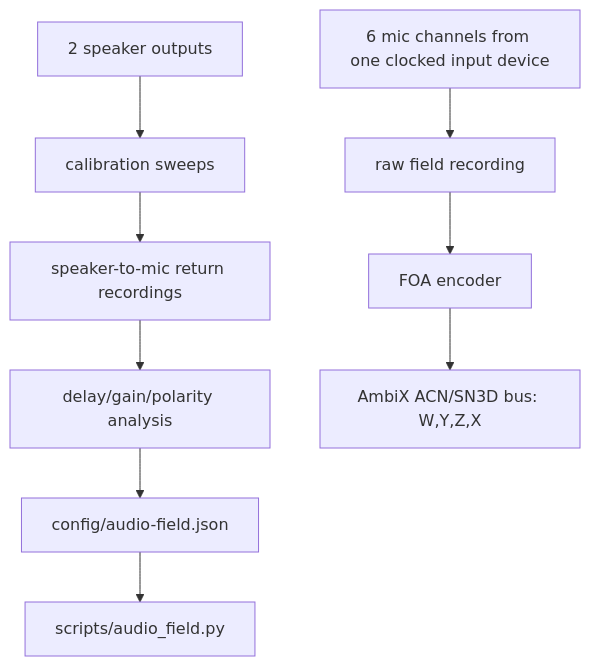
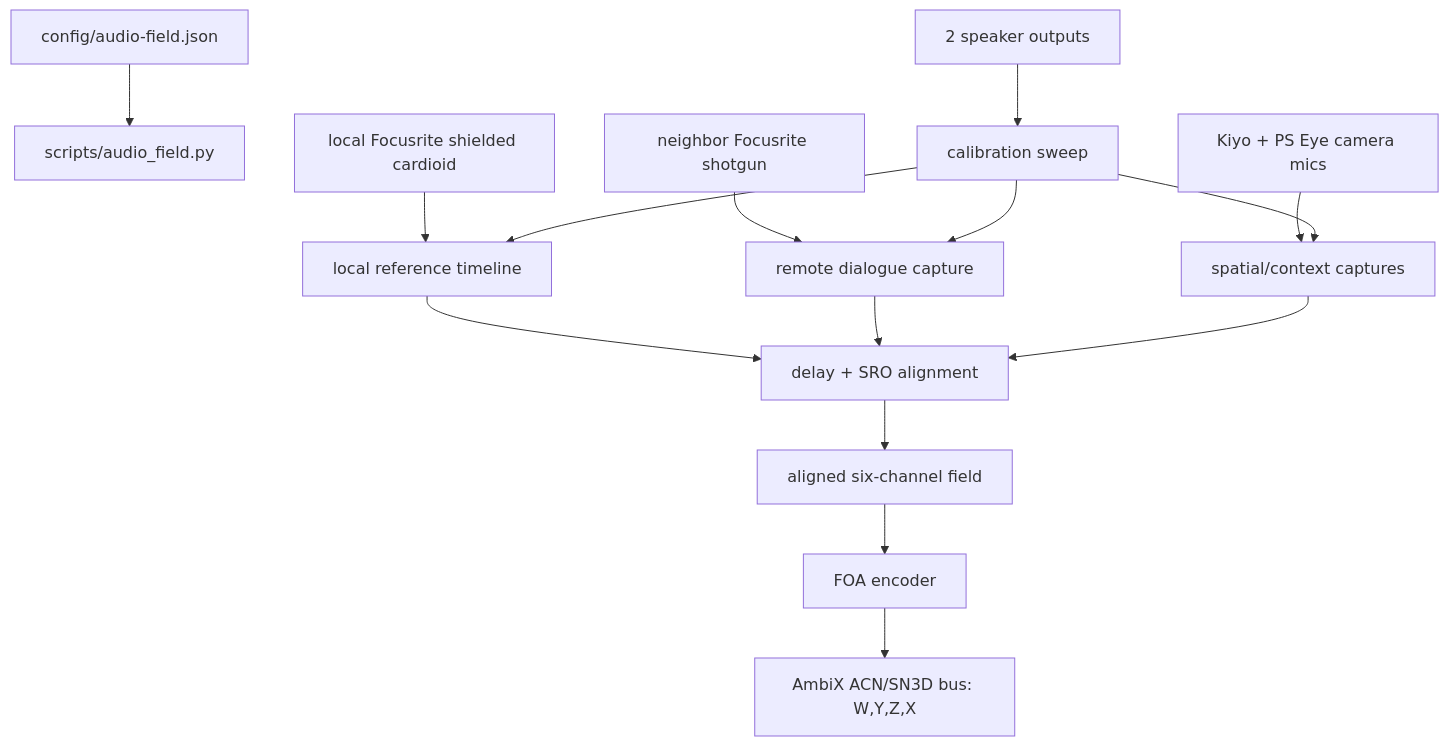
One commit to GameCult/Mimir changed the second of 2 diagrams in notes/current-system-map.md. Above: the diagram before and after it, drawn with Mermaid. The commit also changed other lines of this file and 6 other files, not shown here.

````diff
--- a/notes/current-system-map.md
+++ b/notes/current-system-map.md
@@ -42,11 +42,17 @@
 ```mermaid
 flowchart TD
     A["config/audio-field.json"] --> B["scripts/audio_field.py"]
-    C["6 mic channels from one clocked input device"] --> D["raw field recording"]
-    E["2 speaker outputs"] --> F["calibration sweeps"]
-    F --> G["speaker-to-mic return recordings"]
-    G --> H["delay/gain/polarity analysis"]
-    H --> A
-    D --> I["FOA encoder"]
-    I --> J["AmbiX ACN/SN3D bus: W,Y,Z,X"]
+    C["local Focusrite shielded cardioid"] --> D["local reference timeline"]
+    E["neighbor Focusrite shotgun"] --> F["remote dialogue capture"]
+    G["Kiyo + PS Eye camera mics"] --> H["spatial/context captures"]
+    I["2 speaker outputs"] --> J["calibration sweep"]
+    J --> D
+    J --> F
+    J --> H
+    D --> K["delay + SRO alignment"]
+    F --> K
+    H --> K
+    K --> L["aligned six-channel field"]
+    L --> M["FOA encoder"]
+    M --> N["AmbiX ACN/SN3D bus: W,Y,Z,X"]
 ```
````
